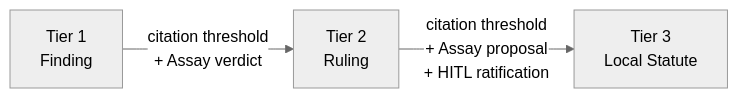
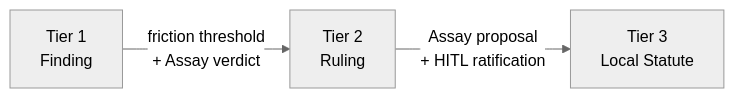
Before and after one commit to really-knows-ai/gideas: the first of 2 diagrams in 01-concepts/04-governance.md, drawn with Mermaid (neutral theme). The commit also changed other lines of this file and 13 other files, not shown here.

Commit message:
Refactor governance documentation to replace 'Citation Processor' with 'Flow Monitor' and update references to friction thresholds for law promotion and review hearings.

````diff
--- a/01-concepts/04-governance.md
+++ b/01-concepts/04-governance.md
@@ -65,5 +64,5 @@
 ```mermaid
 flowchart LR
-    T1["Tier 1<br/>Finding"] -->|"citation threshold<br/>+ Assay verdict"| T2["Tier 2<br/>Ruling"]
-    T2 -->|"citation threshold<br/>+ Assay proposal<br/>+ HITL ratification"| T3["Tier 3<br/>Local Statute"]
+    T1["Tier 1<br/>Finding"] -->|"friction threshold<br/>+ Assay verdict"| T2["Tier 2<br/>Ruling"]
+    T2 -->|"Assay proposal<br/>+ HITL ratification"| T3["Tier 3<br/>Local Statute"]
 ```
````
